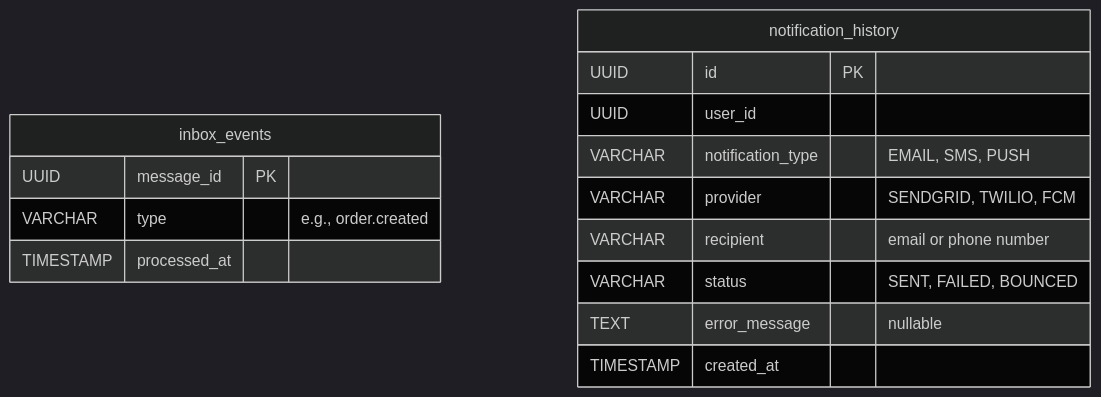
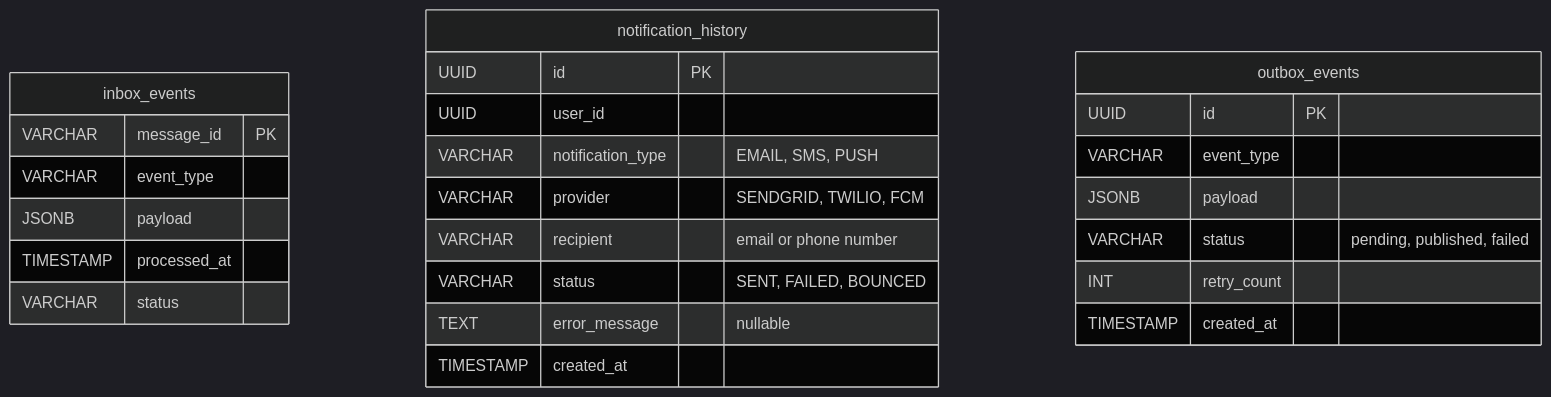
One commit to jhony-samosir/SS-NotificationService changed the diagram in README.md. Above: the diagram before and after it, drawn with Mermaid (dark theme).

Commit message:
docs: update ERD to include outbox_events

````diff
--- a/README.md
+++ b/README.md
@@ -26,19 +26,30 @@
 ```mermaid
 erDiagram
     inbox_events {
-        UUID message_id PK
-        VARCHAR type "e.g., order.created"
+        VARCHAR message_id PK
+        VARCHAR event_type
+        JSONB payload
         TIMESTAMP processed_at
+        VARCHAR status
     }
 
     notification_history {
         UUID id PK
         UUID user_id
         VARCHAR notification_type "EMAIL, SMS, PUSH"
         VARCHAR provider "SENDGRID, TWILIO, FCM"
         VARCHAR recipient "email or phone number"
         VARCHAR status "SENT, FAILED, BOUNCED"
         TEXT error_message "nullable"
         TIMESTAMP created_at
     }
+
+    outbox_events {
+        UUID id PK
+        VARCHAR event_type
+        JSONB payload
+        VARCHAR status "pending, published, failed"
+        INT retry_count
+        TIMESTAMP created_at
+    }
 ```
````
